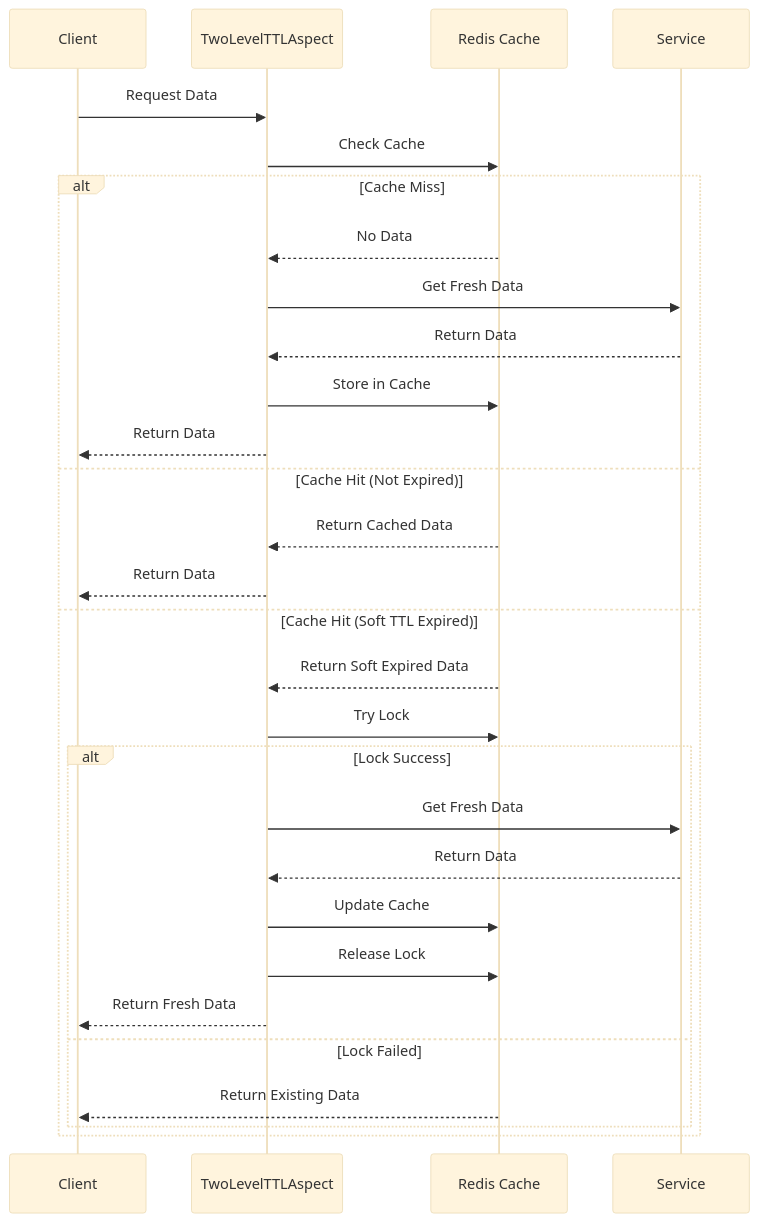
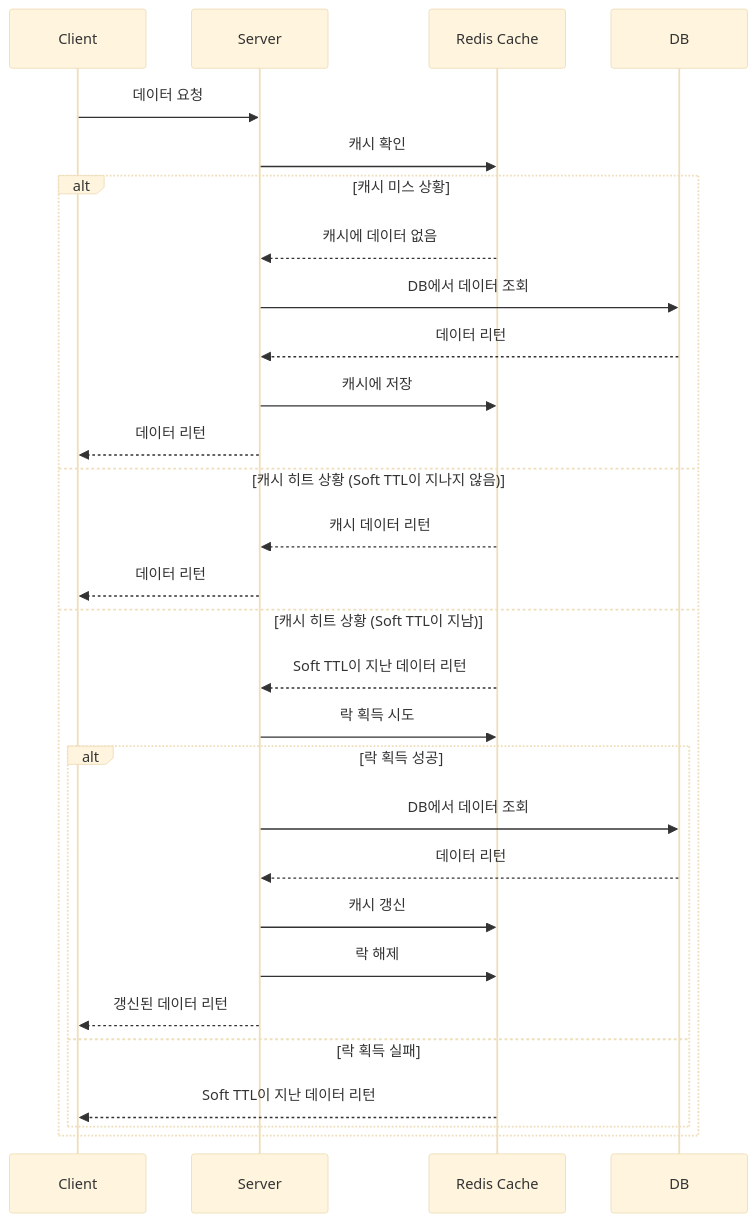
One commit to JwahoonKim/two-level-ttl-cache changed the diagram in README.md. Above: the diagram before and after it, drawn with Mermaid (base theme). The commit also changed other lines of this file, not shown here.

```````diff
--- a/README.md
+++ b/README.md
@@ -15,32 +23,32 @@
 ```mermaid
 sequenceDiagram
     participant C as Client
-    participant A as TwoLevelTTLAspect
+    participant A as Server
     participant R as Redis Cache
-    participant S as Service
+    participant S as DB
 
-    C->>A: Request Data
-    A->>R: Check Cache
-    alt Cache Miss
-        R-->>A: No Data
-        A->>S: Get Fresh Data
-        S-->>A: Return Data
-        A->>R: Store in Cache
-        A-->>C: Return Data
-    else Cache Hit (Not Expired)
-        R-->>A: Return Cached Data
-        A-->>C: Return Data
-    else Cache Hit (Soft TTL Expired)
-        R-->>A: Return Soft Expired Data
-        A->>R: Try Lock
-        alt Lock Success
-            A->>S: Get Fresh Data
-            S-->>A: Return Data
-            A->>R: Update Cache
-            A->>R: Release Lock
-            A-->>C: Return Fresh Data
-        else Lock Failed
-            R-->>C: Return Existing Data
+    C->>A: 데이터 요청
+    A->>R: 캐시 확인
+    alt 캐시 미스 상황
+        R-->>A: 캐시에 데이터 없음
+        A->>S: DB에서 데이터 조회
+        S-->>A: 데이터 리턴
+        A->>R: 캐시에 저장
+        A-->>C: 데이터 리턴
+    else 캐시 히트 상황 (Soft TTL이 지나지 않음)
+        R-->>A: 캐시 데이터 리턴
+        A-->>C: 데이터 리턴
+    else 캐시 히트 상황 (Soft TTL이 지남)
+        R-->>A: Soft TTL이 지난 데이터 리턴
+        A->>R: 락 획득 시도
+        alt 락 획득 성공
+            A->>S: DB에서 데이터 조회
+            S-->>A: 데이터 리턴
+            A->>R: 캐시 갱신
+            A->>R: 락 해제
+            A-->>C: 갱신된 데이터 리턴
+        else 락 획득 실패
+            R-->>C: Soft TTL이 지난 데이터 리턴
         end
     end
-``````
+```
```````
